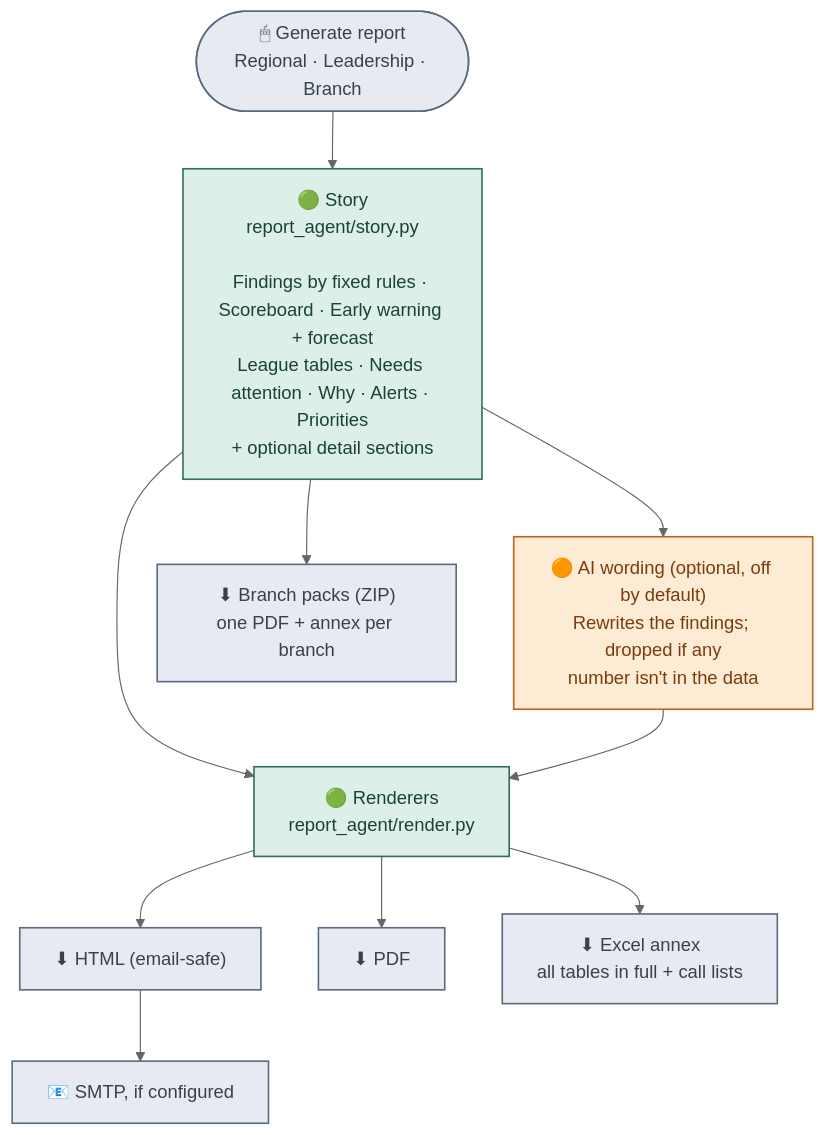
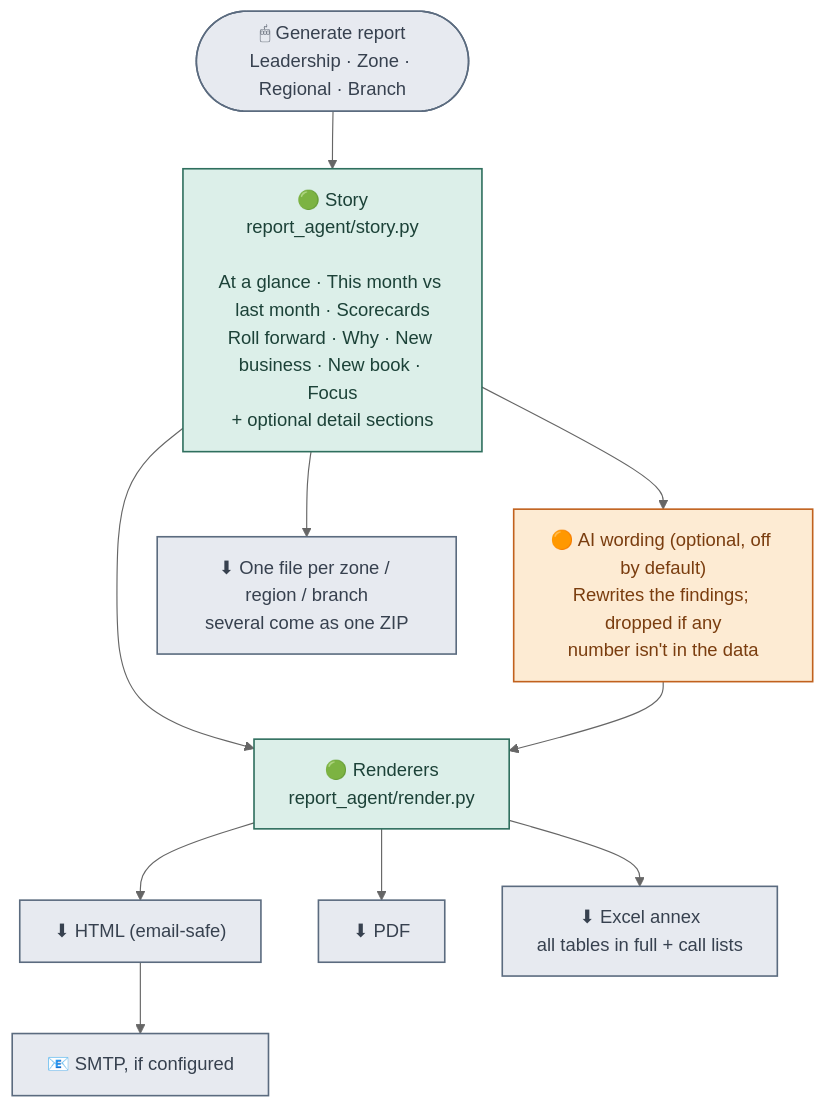
Before and after one commit to Sanjay-00/CollectionIQ: the second of 3 diagrams in README.md, drawn with Mermaid (neutral theme). The commit also changed other lines of this file and 39 other files, not shown here.

Commit message:
Audit fixes: one non starter rule, true last month figures, honest AI answers, report checks

````diff
--- a/README.md
+++ b/README.md
@@ -270,31 +270,31 @@
 ```mermaid
 flowchart TD
     Trigger(["🖱 Generate report
-Regional · Leadership · Branch"]) --> ST
+Leadership · Zone · Regional · Branch"]) --> ST
     ST["🟢 Story
 report_agent/story.py
 
-Findings by fixed rules · Scoreboard · Early warning + forecast
-League tables · Needs attention · Why · Alerts · Priorities
+At a glance · This month vs last month · Scorecards
+Roll forward · Why · New business · New book · Focus
 + optional detail sections"]
     ST --> AI["🟠 AI wording (optional, off by default)
 Rewrites the findings; dropped if any
 number isn't in the data"]
     ST --> R["🟢 Renderers
 report_agent/render.py"]
     AI --> R
     R --> H["⬇ HTML (email-safe)"]
     R --> P["⬇ PDF"]
     R --> X["⬇ Excel annex
 all tables in full + call lists"]
     H --> EM["📧 SMTP, if configured"]
-    ST --> PK["⬇ Branch packs (ZIP)
-one PDF + annex per branch"]
+    ST --> PK["⬇ One file per zone / region / branch
+several come as one ZIP"]
 
     classDef llm fill:#FDEBD3,stroke:#C1611D,color:#7A3D0F,stroke-width:1.4px;
     classDef det fill:#DCEFE9,stroke:#2F6F5E,color:#1C4238,stroke-width:1.4px;
     classDef neutral fill:#E7EAF0,stroke:#5B6B7F,color:#37414F,stroke-width:1.4px;
     class AI llm;
     class ST,R det;
     class Trigger,H,P,X,EM,PK neutral;
 ```
````
